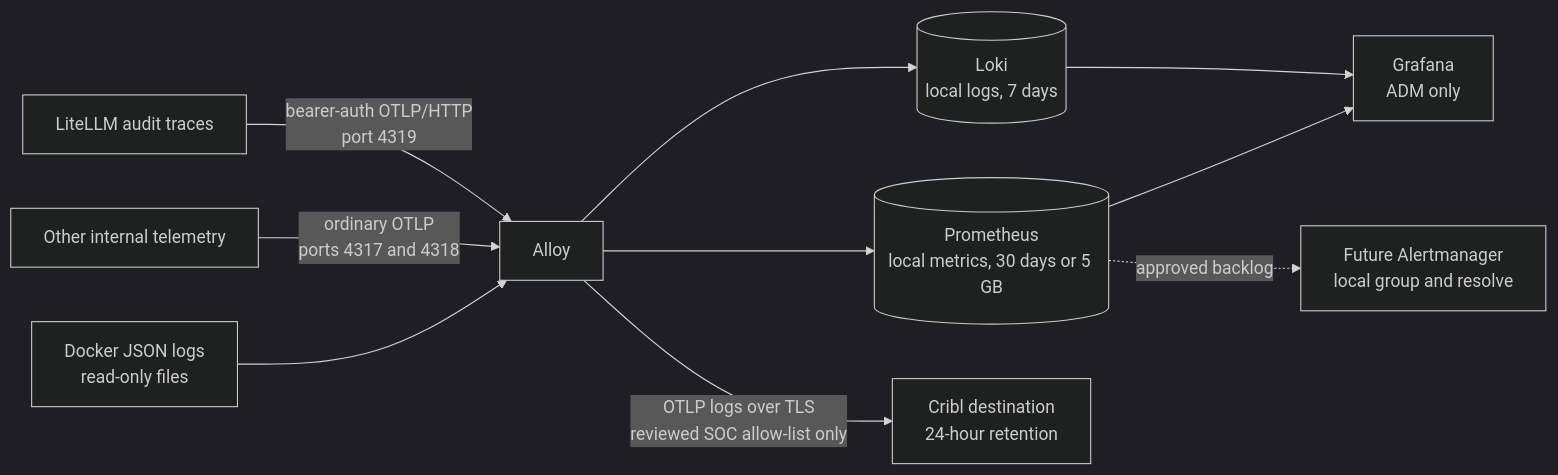
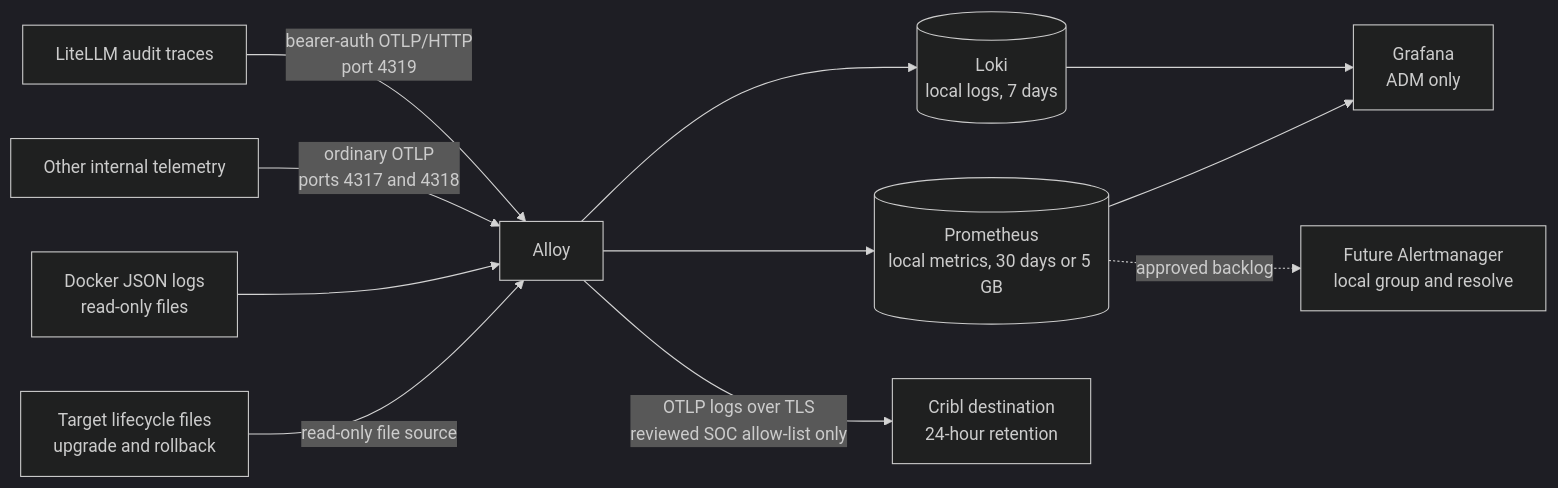
The diagram in docs/observability-operations.md (derhornspieler/ai-gateway), drawn with Mermaid (dark theme) before and after one commit. The commit also changed other lines of this file and 66 other files, not shown here.

````diff
--- a/docs/observability-operations.md
+++ b/docs/observability-operations.md
@@ -20,12 +20,13 @@
 ```mermaid
 flowchart LR
   LLM[LiteLLM audit traces] -->|bearer-auth OTLP/HTTP<br/>port 4319| AL[Alloy]
   APP[Other internal telemetry] -->|ordinary OTLP<br/>ports 4317 and 4318| AL
   LOG[Docker JSON logs<br/>read-only files] --> AL
+  CTRL[Target lifecycle files<br/>upgrade and rollback] -->|read-only file source| AL
   AL --> LK[(Loki<br/>local logs, 7 days)]
   AL --> PR[(Prometheus<br/>local metrics, 30 days or 5 GB)]
   PR -.approved backlog.-> AM[Future Alertmanager<br/>local group and resolve]
   LK --> GF[Grafana<br/>ADM only]
   PR --> GF
   AL -->|OTLP logs over TLS<br/>reviewed SOC allow-list only| CR[Cribl destination<br/>24-hour retention]
 ```
````
